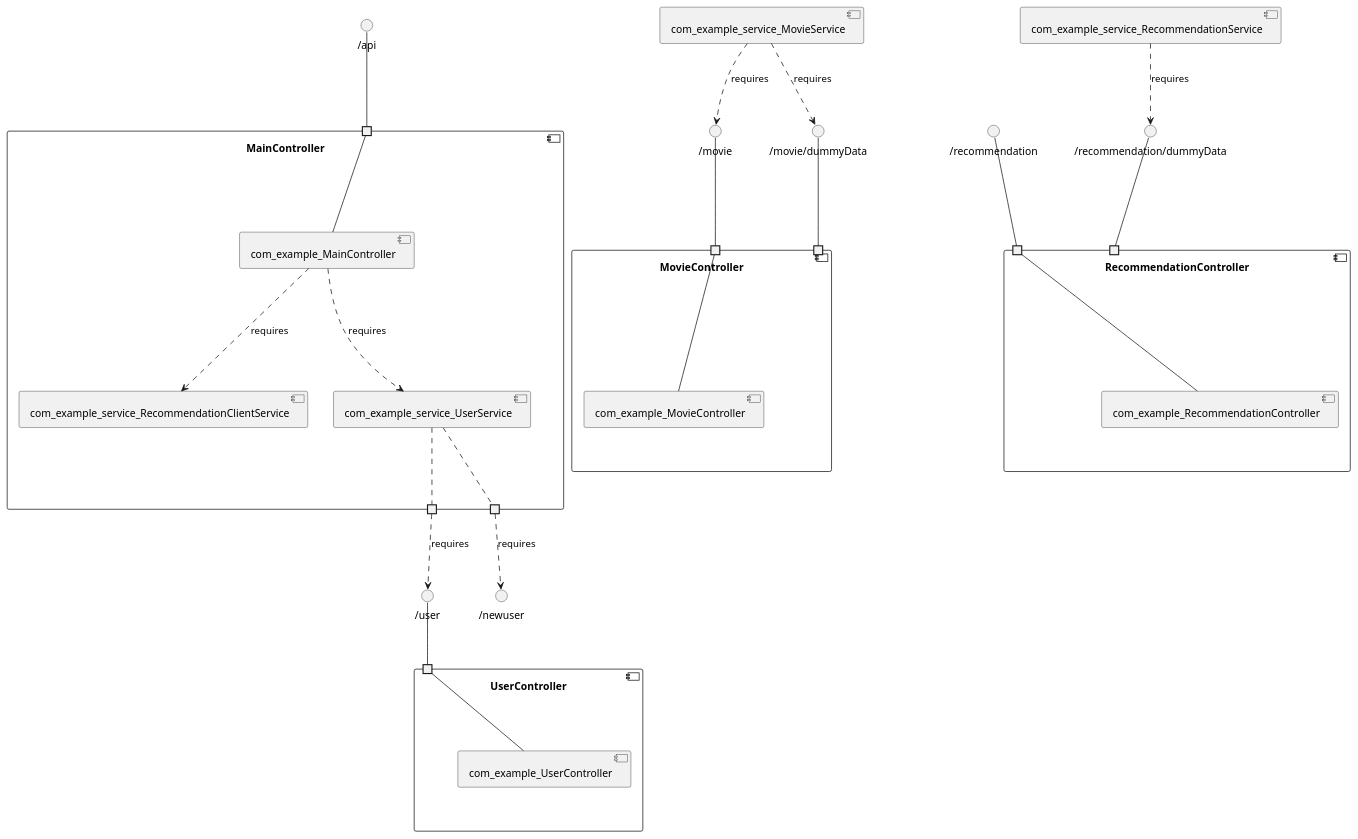
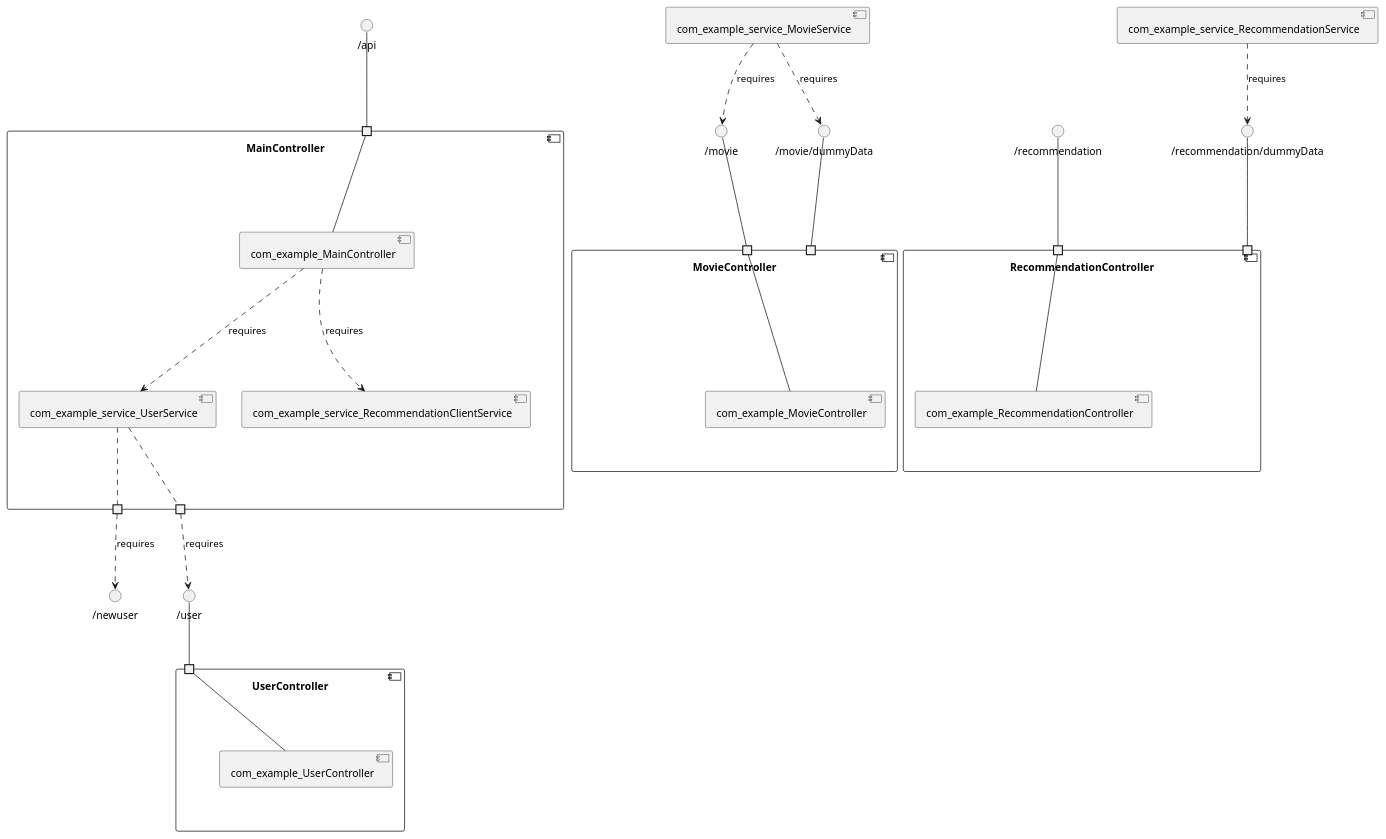
The diagram in spring-cloud-movie-recommendation/model_re/uml/componentDiagram.puml (View-Based-Reverse-Engineering/Retriever-Benchmark), drawn with PlantUML before and after one commit. The commit also changed other lines of this file and 131 other files, not shown here.

```diff
--- a/spring-cloud-movie-recommendation/model_re/uml/componentDiagram.puml
+++ b/spring-cloud-movie-recommendation/model_re/uml/componentDiagram.puml
@@ -1,56 +1,56 @@
 @startuml
 skinparam fixCircleLabelOverlapping true
 component "MainController\n\n\n\n\n\n" {
 [com_example_MainController]
+[com_example_service_RecommendationClientService]
 [com_example_service_UserService]
-[com_example_service_RecommendationClientService]
 portin " " as MainController.requires._api
+portout " " as MainController.provides._newuser
 portout " " as MainController.provides._user
-portout " " as MainController.provides._newuser
 [com_example_MainController]..>[com_example_service_RecommendationClientService] : requires
 [com_example_MainController]..>[com_example_service_UserService] : requires
 "MainController.requires._api"--[com_example_MainController]
 [com_example_service_UserService].."MainController.provides._user"
 [com_example_service_UserService].."MainController.provides._newuser"
 }
 interface "/api" as interface._api
 interface._api--"MainController.requires._api"
 interface "/user" as interface._user
 "MainController.provides._user"..>interface._user : requires
 interface "/newuser" as interface._newuser
 "MainController.provides._newuser"..>interface._newuser : requires
 component "MovieController\n\n\n\n\n\n" {
 [com_example_MovieController]
+portin " " as MovieController.requires._movie_dummyData
 portin " " as MovieController.requires._movie
-portin " " as MovieController.requires._movie_dummyData
 "MovieController.requires._movie"--[com_example_MovieController]
 }
 interface "/movie" as interface._movie
 interface._movie--"MovieController.requires._movie"
 interface "/movie/dummyData" as interface._movie_dummyData
 interface._movie_dummyData--"MovieController.requires._movie_dummyData"
 component "RecommendationController\n\n\n\n\n\n" {
 [com_example_RecommendationController]
+portin " " as RecommendationController.requires._recommendation
 portin " " as RecommendationController.requires._recommendation_dummyData
-portin " " as RecommendationController.requires._recommendation
 "RecommendationController.requires._recommendation"--[com_example_RecommendationController]
 }
 interface "/recommendation" as interface._recommendation
 interface._recommendation--"RecommendationController.requires._recommendation"
 interface "/recommendation/dummyData" as interface._recommendation_dummyData
 interface._recommendation_dummyData--"RecommendationController.requires._recommendation_dummyData"
 component "UserController\n\n\n\n\n\n" {
 [com_example_UserController]
 portin " " as UserController.requires._user
 "UserController.requires._user"--[com_example_UserController]
 }
 interface "/user" as interface._user
 interface._user--"UserController.requires._user"
 interface "/movie" as interface._movie
 [com_example_service_MovieService]..>interface._movie : requires
 interface "/movie/dummyData" as interface._movie_dummyData
 [com_example_service_MovieService]..>interface._movie_dummyData : requires
 interface "/recommendation/dummyData" as interface._recommendation_dummyData
 [com_example_service_RecommendationService]..>interface._recommendation_dummyData : requires
 
 @enduml
```
